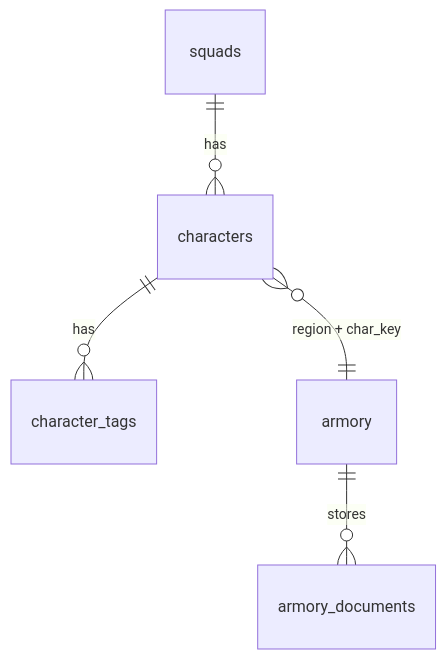
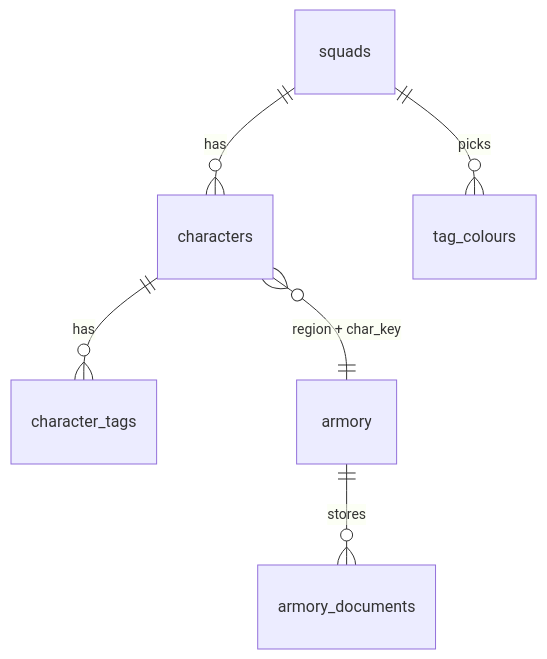
The diagram in docs/design.md (tinnet/zesquad), drawn with Mermaid before and after one commit. The commit also changed other lines of this file and 8 other files, not shown here.

````diff
--- a/docs/design.md
+++ b/docs/design.md
@@ -15,7 +16,8 @@
 ```mermaid
 erDiagram
     squads ||--o{ characters : has
+    squads ||--o{ tag_colours : picks
     characters ||--o{ character_tags : has
     characters }o--|| armory : "region + char_key"
     armory ||--o{ armory_documents : stores
 ```
````
